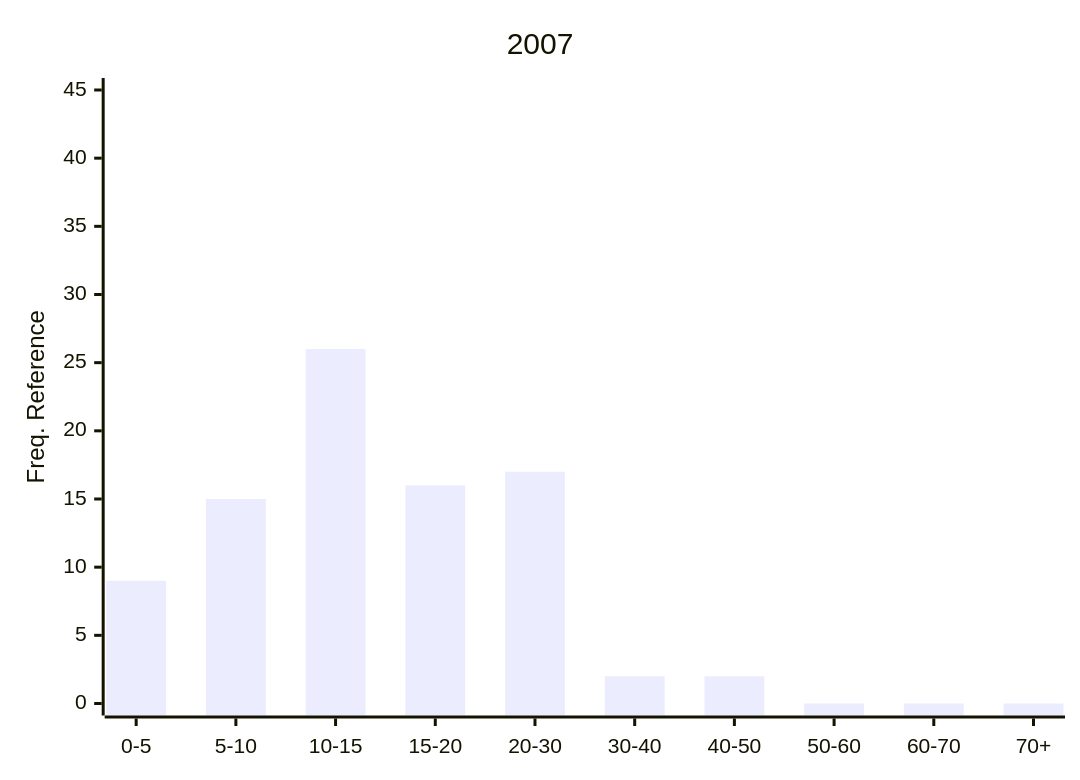
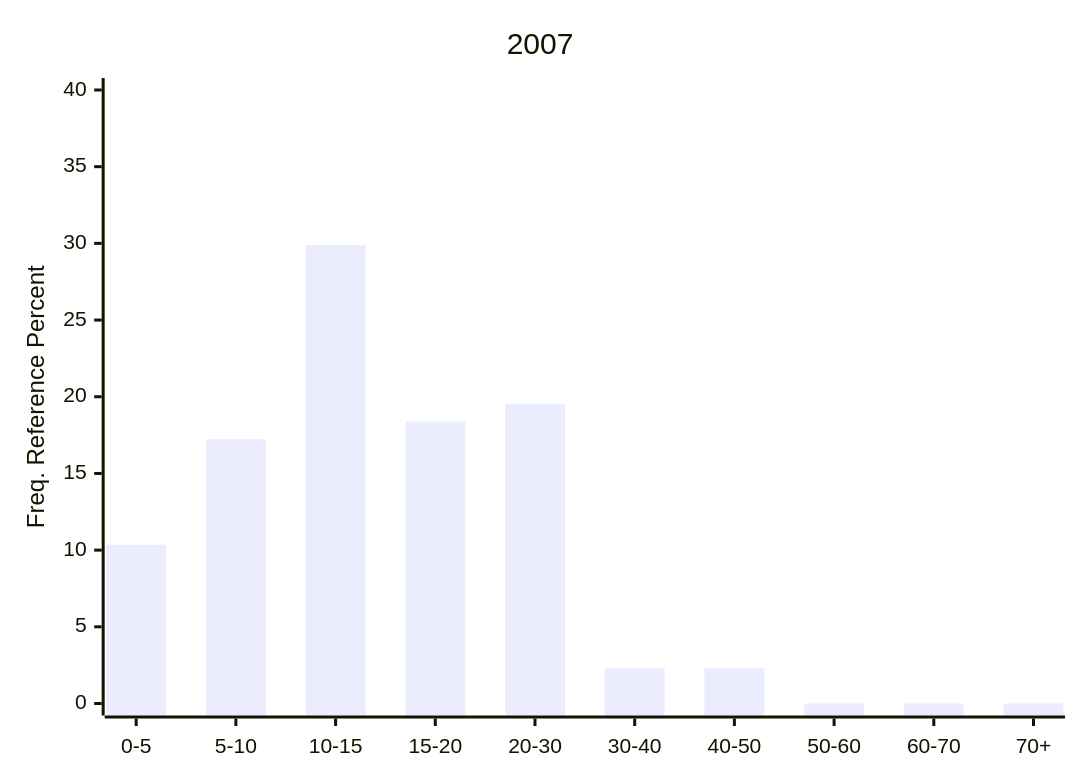
Before and after one commit to Nemus-Project/fair-nime-2026: the tenth of 28 diagrams in README.md, drawn with Mermaid. The commit also changed other lines of this file, not shown here.

````diff
--- a/README.md
+++ b/README.md
@@ -532,7 +533,7 @@
 ```mermaid
 xychart-beta
     title "2007"
     x-axis ["0-5", "5-10", "10-15", "15-20", "20-30", "30-40", "40-50", "50-60", "60-70", "70+"]
-    y-axis "Freq. Reference" 0 --> 45
-    bar [9, 15, 26, 16, 17, 2, 2, 0, 0, 0]
+    y-axis "Freq. Reference Percent" 0 --> 40
+    bar [10.344827586206897, 17.24137931034483, 29.88505747126437, 18.39080459770115, 19.54022988505747, 2.2988505747126435, 2.2988505747126435, 0.0, 0.0, 0.0]
 ```    
````
